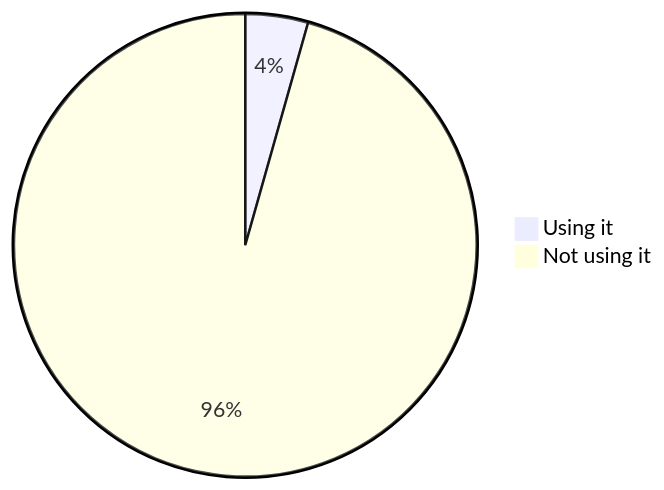
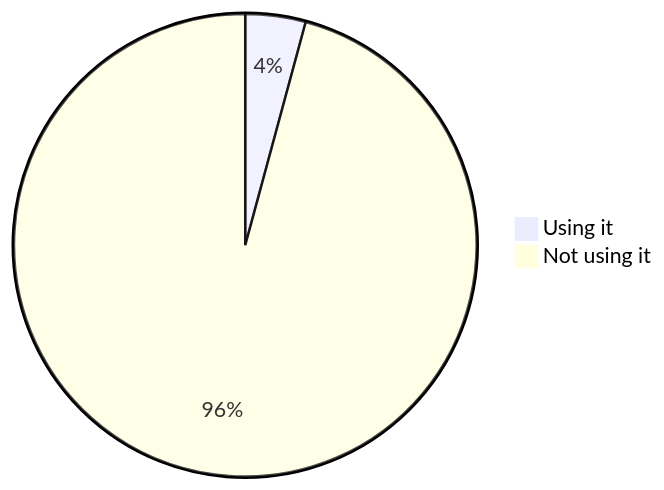
Diagram 11 of 22 in stats.md (oshp/oshp-stats), drawn with Mermaid before and after one commit. The commit also changed other lines of this file, not shown here.

````diff
--- a/stats.md
+++ b/stats.md
@@ -130,6 +130,6 @@
 ```mermaid
 pie
-	"Using it" : 4.38
-	"Not using it" : 95.62
+	"Using it" : 4.21
+	"Not using it" : 95.79
 
 ```
````
